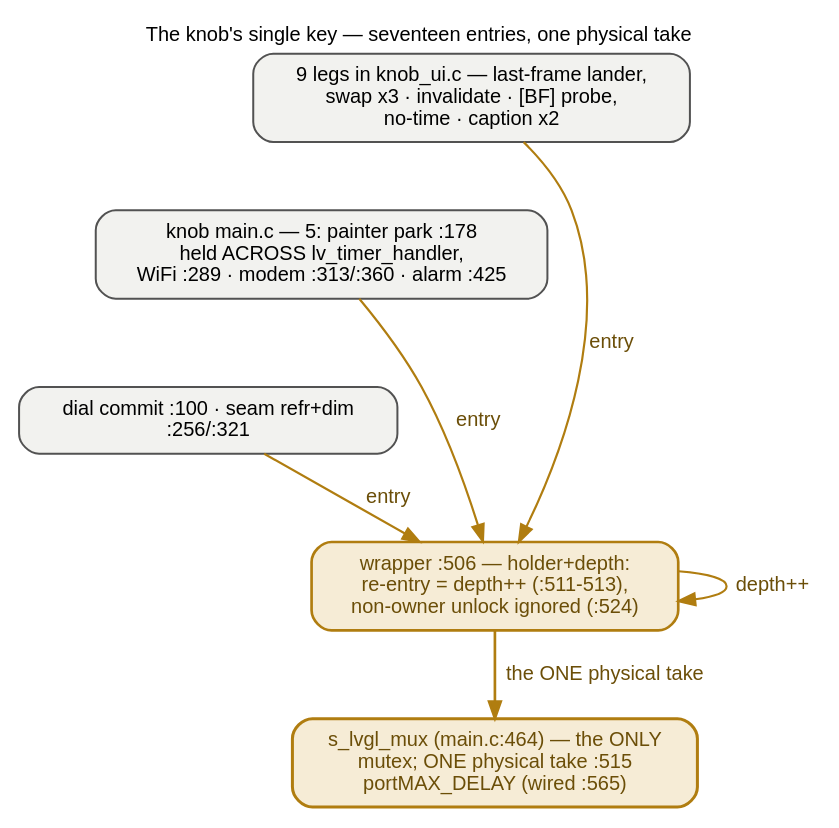
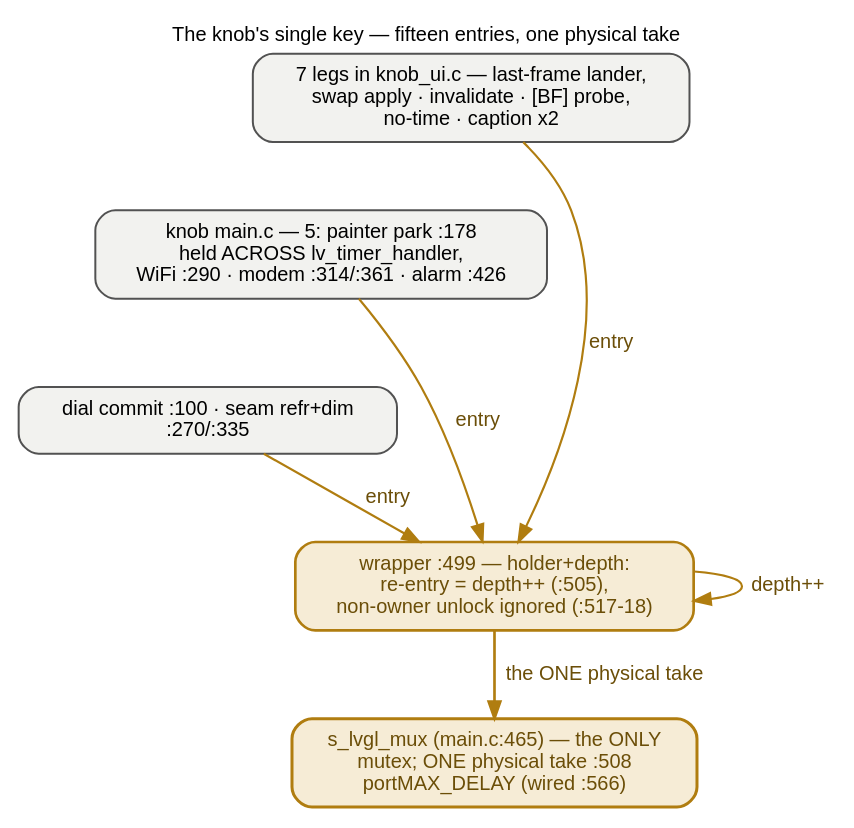
One commit to ukos-git/moon-clock-esp changed the diagram in docs/_graphs/guards-knob.dot. Above: the diagram before and after it, drawn with Graphviz. The commit also changed 29 other files, not shown here.

```diff
--- a/docs/_graphs/guards-knob.dot
+++ b/docs/_graphs/guards-knob.dot
@@ -1,51 +1,51 @@
-// THE KNOB'S ONE KEY opened: a single mutex with SEVENTEEN wrapper
+// THE KNOB'S ONE KEY opened: a single mutex with FIFTEEN wrapper
 // entries feeding ONE physical take. s_lvgl_mux is created in knob
-// main.c:464 and handed into the seam at :565 (knob_ui_set_lvgl_lock);
-// knob_ui.c owns the ONLY physical take :515 (portMAX_DELAY) inside a
-// holder+depth wrapper :506 — "a FreeRTOS mutex is NOT recursively
-// takable by its owner" (:499-500, the 2026-11-10 hub-tap TAP deadlock), so
-// a same-task re-entry is s_lvgl_depth++ (:512) and an unlock from
-// a non-owner logs and is ignored (:525). The seventeen entries,
-// across four files: 9 inside knob_ui.c (the last-frame lander's flush
-// :447, swap legs :925/:945/:964, invalidate_all :1092, the [BF] probe
-// :1170, show_no_time :1200, show_moon's caption :1244/:1250), knob
+// main.c:465 and handed into the seam at :566 (knob_ui_set_lvgl_lock);
+// knob_ui.c owns the ONLY physical take :508 (portMAX_DELAY) inside a
+// holder+depth wrapper :499 — "a FreeRTOS mutex is NOT recursively
+// takable by its owner" (:492-93, the 2026-11-10 hub-tap TAP deadlock), so
+// a same-task re-entry is s_lvgl_depth++ (:505) and an unlock from
+// a non-owner logs and is ignored (:517-18). The fifteen entries,
+// across four files: 7 inside knob_ui.c (the last-frame lander's flush
+// :439, the swap task's apply :951, invalidate_all :1074, the [BF] probe
+// :1152, show_no_time :1182, show_moon's caption :1228/:1234), knob
 // main.c's five (the painter's park loop :178 held ACROSS
-// lv_timer_handler (10–20 ms), the transient-WiFi arm :289, the two
-// modem-sleep swaps :313/:360, the alarm wake :425), the dial commit
-// knob_dial.c:100, and the seam's two legs knob_moon_render.c:256/:321
+// lv_timer_handler (10–20 ms), the transient-WiFi arm :290, the two
+// modem-sleep swaps :314/:361, the alarm wake :426), the dial commit
+// knob_dial.c:100, and the seam's two legs knob_moon_render.c:270/:335
 // (refr + home dim). The knob builds NO panel key at all: moon_ui.c is
 // excluded wholesale (component ui's CMakeLists empties UI_BOARD_SRCS
 // under KNOB_BOARD) and the seam that answers moon_ui.h carries zero
-// mutex tokens — its moon_ui_init is a shim (knob_moon_render.c:162).
+// mutex tokens — its moon_ui_init is a shim (knob_moon_render.c:176).
 // The guards in black boxes is docs/_graphs/guards.dot (this page); the
 // clocks' two keys are docs/_graphs/guards-keys.dot; the key-free band
 // is docs/_graphs/guards-flags.dot. FONTS: 12 pt = the page's 16 px body
 // text at 1:1 — kept inside the content column.
 // Rendered inline as SVG by sphinx.ext.graphviz (dot on PATH).
 digraph guards_knob {
     rankdir=TB;
-    label="The knob's single key — seventeen entries, one physical take";
+    label="The knob's single key — fifteen entries, one physical take";
     labelloc="t"; labeljust="c";
     fontname="Helvetica"; fontsize=12;
     graph [nodesep=0.4, ranksep=0.55];
     node [fontname="Helvetica", fontsize=12, shape=box, style="rounded,filled",
           width=0, height=0, margin="0.16,0.10", fillcolor="#f2f2ef",
           color="#525252", penwidth=1.2];
     edge [fontname="Helvetica", fontsize=12, color="#b07d10", penwidth=1.3, fontcolor="#6b4e08"];
 
-    e_ku [label="9 legs in knob_ui.c — last-frame lander,\nswap x3 · invalidate · [BF] probe,\nno-time · caption x2"];
-    e_main [label="knob main.c — 5: painter park :178\nheld ACROSS lv_timer_handler,\nWiFi :289 · modem :313/:360 · alarm :425"];
-    e_mixed [label="dial commit :100 · seam refr+dim\n:256/:321"];
-    wrapper [label="wrapper :506 — holder+depth:\nre-entry = depth++ (:511-513),\nnon-owner unlock ignored (:524)",
+    e_ku [label="7 legs in knob_ui.c — last-frame lander,\nswap apply · invalidate · [BF] probe,\nno-time · caption x2"];
+    e_main [label="knob main.c — 5: painter park :178\nheld ACROSS lv_timer_handler,\nWiFi :290 · modem :314/:361 · alarm :426"];
+    e_mixed [label="dial commit :100 · seam refr+dim\n:270/:335"];
+    wrapper [label="wrapper :499 — holder+depth:\nre-entry = depth++ (:505),\nnon-owner unlock ignored (:517-18)",
              fillcolor="#f6ecd6", color="#b07d10", fontcolor="#6b4e08", penwidth=1.6];
-    mux [label="s_lvgl_mux (main.c:464) — the ONLY\nmutex; ONE physical take :515\nportMAX_DELAY (wired :565)",
+    mux [label="s_lvgl_mux (main.c:465) — the ONLY\nmutex; ONE physical take :508\nportMAX_DELAY (wired :566)",
          fillcolor="#f6ecd6", color="#b07d10", fontcolor="#6b4e08", penwidth=1.8];
 
     e_ku -> e_main [style=invis];
     e_main -> e_mixed [style=invis];
     e_ku -> wrapper [label="entry"];
     e_main -> wrapper [label="entry"];
     e_mixed -> wrapper [label="entry"];
     wrapper -> mux [penwidth=1.6, label="the ONE physical take"];
     wrapper -> wrapper [label="depth++"];
 }
```
